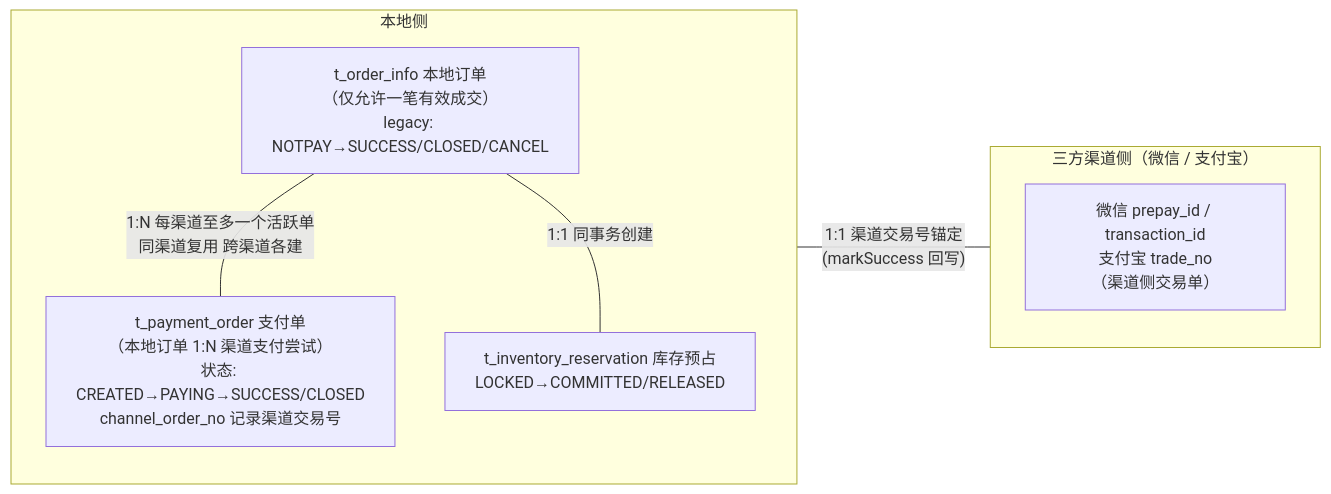
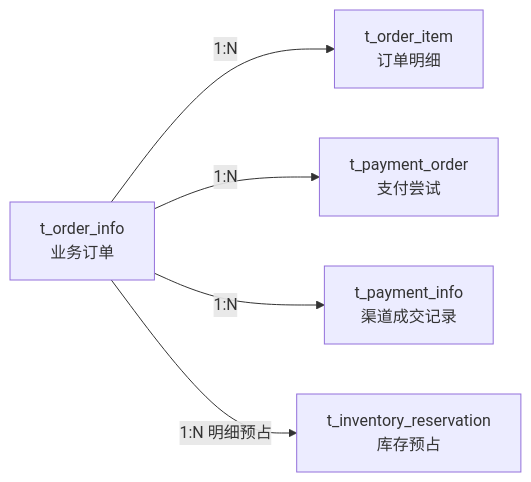
The first of 4 diagrams in CODE_INTRO.md (cpc-lib/mall), drawn with Mermaid before and after one commit. The commit also changed other lines of this file and 11 other files, not shown here.

````diff
--- a/CODE_INTRO.md
+++ b/CODE_INTRO.md
@@ -132,17 +182,13 @@
 ```mermaid
 flowchart LR
-    subgraph CH["三方渠道侧（微信 / 支付宝）"]
-        direction TB
-        C1["微信 prepay_id / transaction_id<br/>支付宝 trade_no<br/>（渠道侧交易单）"]
-    end
+    O[t_order_info<br/>业务订单]
+    I[t_order_item<br/>订单明细]
+    R[t_inventory_reservation<br/>库存预占]
+    P[t_payment_order<br/>支付尝试]
+    PI[t_payment_info<br/>渠道成交记录]
 
-    subgraph LOC["本地侧"]
-        direction TB
-        P["t_payment_order 支付单<br/>（本地订单 1:N 渠道支付尝试）<br/>状态: CREATED→PAYING→SUCCESS/CLOSED<br/>channel_order_no 记录渠道交易号"]
-        O["t_order_info 本地订单<br/>（仅允许一笔有效成交）<br/>legacy: NOTPAY→SUCCESS/CLOSED/CANCEL"]
-        R["t_inventory_reservation 库存预占<br/>LOCKED→COMMITTED/RELEASED"]
-        O ---|"1:N 每渠道至多一个活跃单<br/>同渠道复用 跨渠道各建"| P
-        O ---|"1:1 同事务创建"| R
-        P ---|"1:1 渠道交易号锚定<br/>(markSuccess 回写)"| C1
-    end
+    O -->|1:N| I
+    O -->|1:N| P
+    O -->|1:N| PI
+    O -->|1:N 明细预占| R
 ```
````
